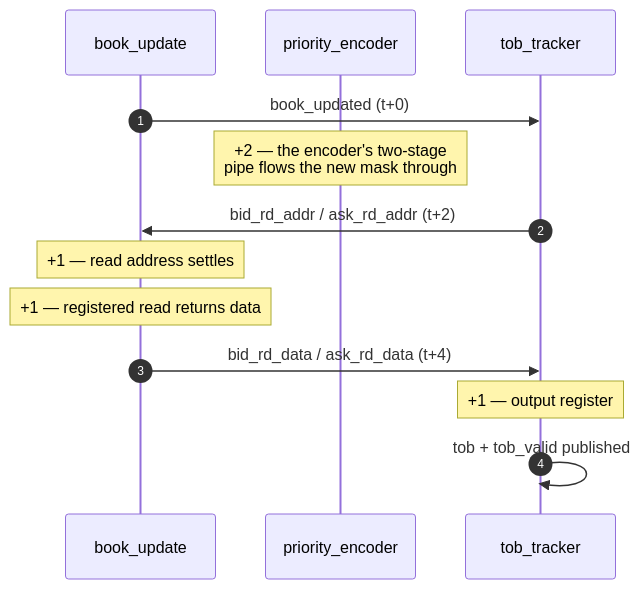
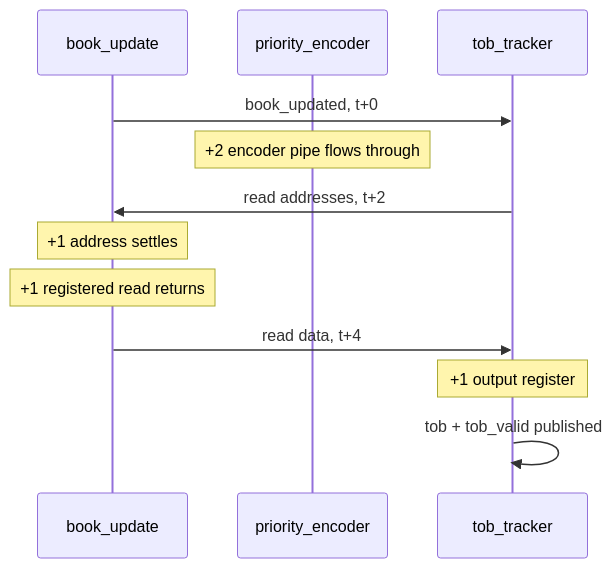
Before and after one commit to Rushmello369/fpga-feed-handler: the second of 5 diagrams in docs/diagrams/tob_tracker.md, drawn with Mermaid. The commit also changed other lines of this file and 12 other files, not shown here.

Commit message:
add diagrams for system and module architectures

````diff
--- a/docs/diagrams/tob_tracker.md
+++ b/docs/diagrams/tob_tracker.md
@@ -37,16 +27,15 @@
 ```mermaid
 sequenceDiagram
-    autonumber
     participant B as book_update
     participant E as priority_encoder
     participant T as tob_tracker
 
-    B->>T: book_updated (t+0)
-    Note over E: +2 — the encoder's two-stage<br/>pipe flows the new mask through
-    T->>B: bid_rd_addr / ask_rd_addr (t+2)
-    Note over B: +1 — read address settles
-    Note over B: +1 — registered read returns data
-    B->>T: bid_rd_data / ask_rd_data (t+4)
-    Note over T: +1 — output register
+    B->>T: book_updated, t+0
+    Note over E: +2 encoder pipe flows through
+    T->>B: read addresses, t+2
+    Note over B: +1 address settles
+    Note over B: +1 registered read returns
+    B->>T: read data, t+4
+    Note over T: +1 output register
     T->>T: tob + tob_valid published
 ```
````
